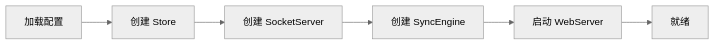
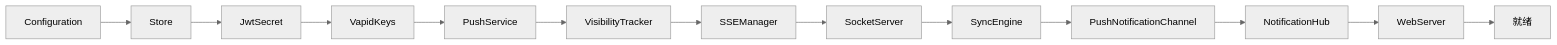
One commit to ModuBit/mobi changed the third of 3 diagrams in docs/architecture/hub/README.md. Above: the diagram before and after it, drawn with Mermaid (neutral theme). The commit also changed other lines of this file and 10 other files, not shown here.

````diff
--- a/docs/architecture/hub/README.md
+++ b/docs/architecture/hub/README.md
@@ -63,8 +83,15 @@
 ```mermaid
 flowchart LR
-    A[加载配置] --> B[创建 Store]
-    B --> C[创建 SocketServer]
-    C --> D[创建 SyncEngine]
-    D --> E[启动 WebServer]
-    E --> F[就绪]
+    A[Configuration] --> B[Store]
+    B --> C[JwtSecret]
+    C --> D[VapidKeys]
+    D --> E[PushService]
+    E --> F[VisibilityTracker]
+    F --> G[SSEManager]
+    G --> H[SocketServer]
+    H --> I[SyncEngine]
+    I --> J[PushNotificationChannel]
+    J --> K[NotificationHub]
+    K --> L[WebServer]
+    L --> M[就绪]
 ```
````
